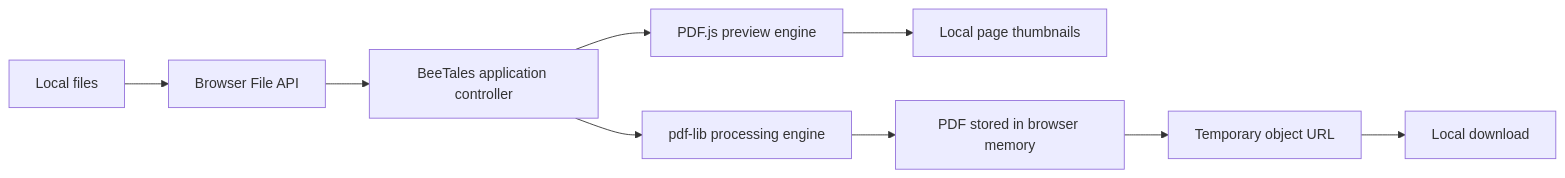
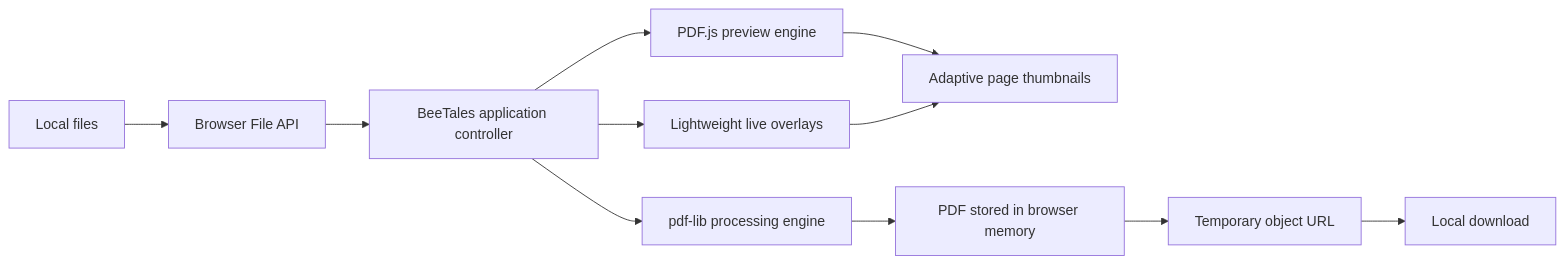
Before and after one commit to Sorairei/BeeTales-PDF-Tools: the diagram in README.md, drawn with Mermaid. The commit also changed other lines of this file, not shown here.

````diff
--- a/README.md
+++ b/README.md
@@ -45,11 +52,13 @@
 ```mermaid
 flowchart LR
     A["Local files"] --> B["Browser File API"]
     B --> C["BeeTales application controller"]
     C --> D["PDF.js preview engine"]
     C --> E["pdf-lib processing engine"]
-    D --> F["Local page thumbnails"]
+    D --> F["Adaptive page thumbnails"]
+    C --> J["Lightweight live overlays"]
+    J --> F
     E --> G["PDF stored in browser memory"]
     G --> H["Temporary object URL"]
     H --> I["Local download"]
 ```
````
